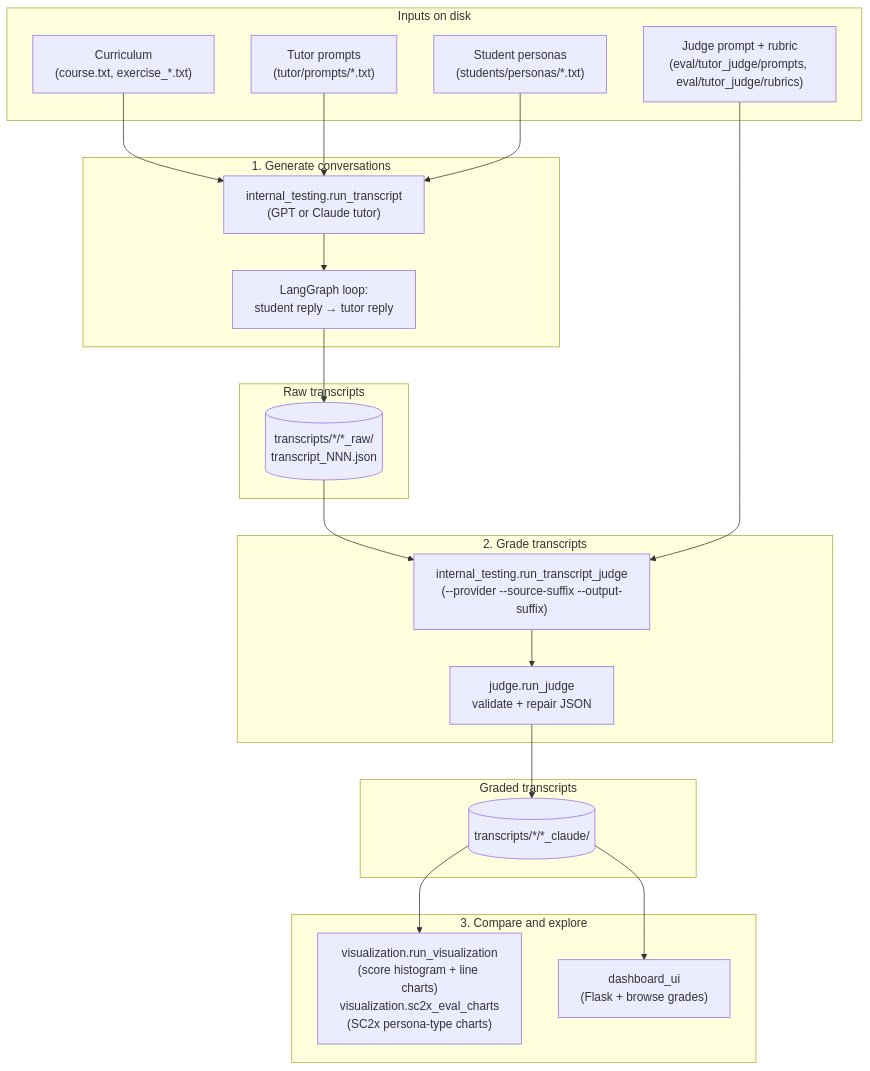
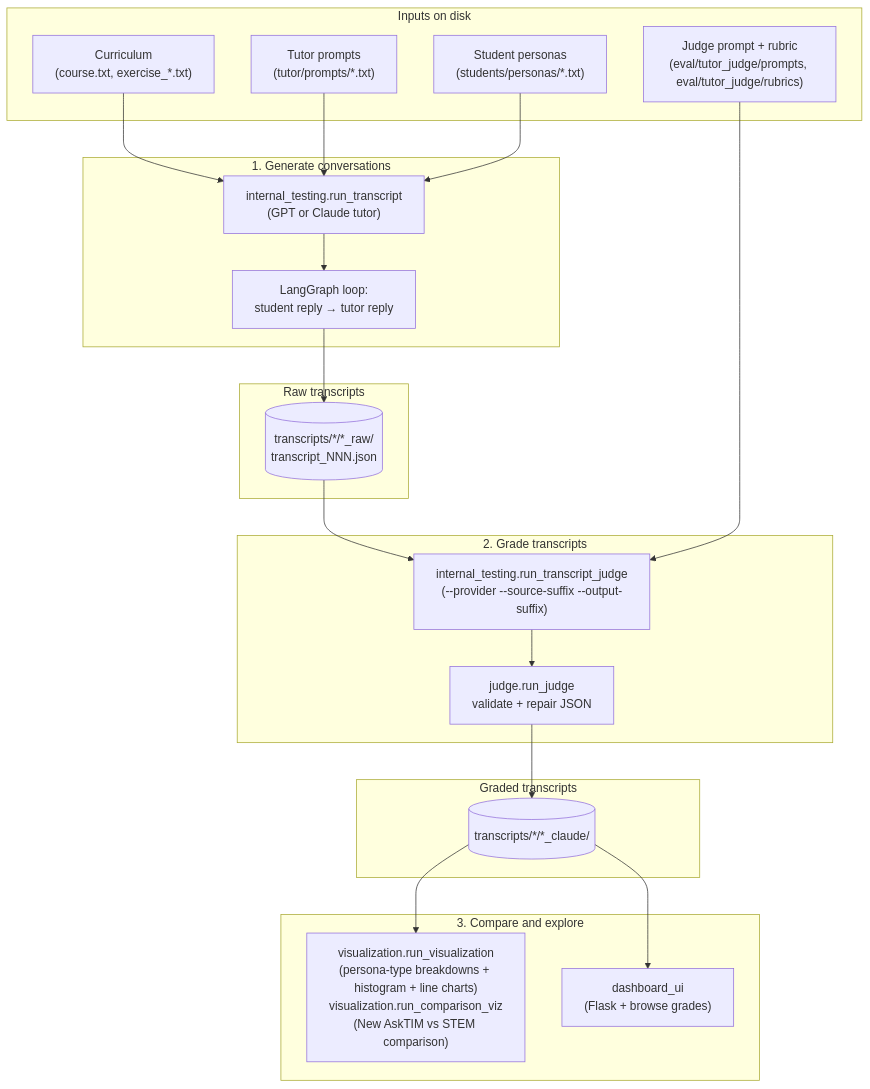
One commit to bonbon-on-fire/asktim_llm_tutor_project changed the third of 3 diagrams in README.md. Above: the diagram before and after it, drawn with Mermaid. The commit also changed other lines of this file and 34 other files, not shown here.

````diff
--- a/README.md
+++ b/README.md
@@ -187,42 +199,42 @@
 ```mermaid
 flowchart TD
     subgraph inputs["Inputs on disk"]
         CUR["Curriculum\n(course.txt, exercise_*.txt)"]
         TUT["Tutor prompts\n(tutor/prompts/*.txt)"]
         PER["Student personas\n(students/personas/*.txt)"]
         JR["Judge prompt + rubric\n(eval/tutor_judge/prompts, eval/tutor_judge/rubrics)"]
     end
 
     subgraph gen["1. Generate conversations"]
         UIRAW["internal_testing.run_transcript\n(GPT or Claude tutor)"]
         LOOP["LangGraph loop:\nstudent reply → tutor reply"]
     end
 
     subgraph rawstore["Raw transcripts"]
         RAWF[("transcripts/*/*_raw/\ntranscript_NNN.json")]
     end
 
     subgraph judge["2. Grade transcripts"]
         UIJ["internal_testing.run_transcript_judge\n(--provider --source-suffix --output-suffix)"]
         JG["judge.run_judge\nvalidate + repair JSON"]
     end
 
     subgraph gradedstore["Graded transcripts"]
         GF[("transcripts/*/*_claude/")]
     end
 
     subgraph view["3. Compare and explore"]
-        VIZ["visualization.run_visualization\n(score histogram + line charts)\nvisualization.sc2x_eval_charts\n(SC2x persona-type charts)"]
+        VIZ["visualization.run_visualization\n(persona-type breakdowns + histogram + line charts)\nvisualization.run_comparison_viz\n(New AskTIM vs STEM comparison)"]
         DASH["dashboard_ui\n(Flask + browse grades)"]
     end
 
     CUR --> UIRAW
     TUT --> UIRAW
     PER --> UIRAW
     UIRAW --> LOOP --> RAWF
     RAWF --> UIJ
     JR --> UIJ
     UIJ --> JG --> GF
     GF --> VIZ
     GF --> DASH
 ```
````
